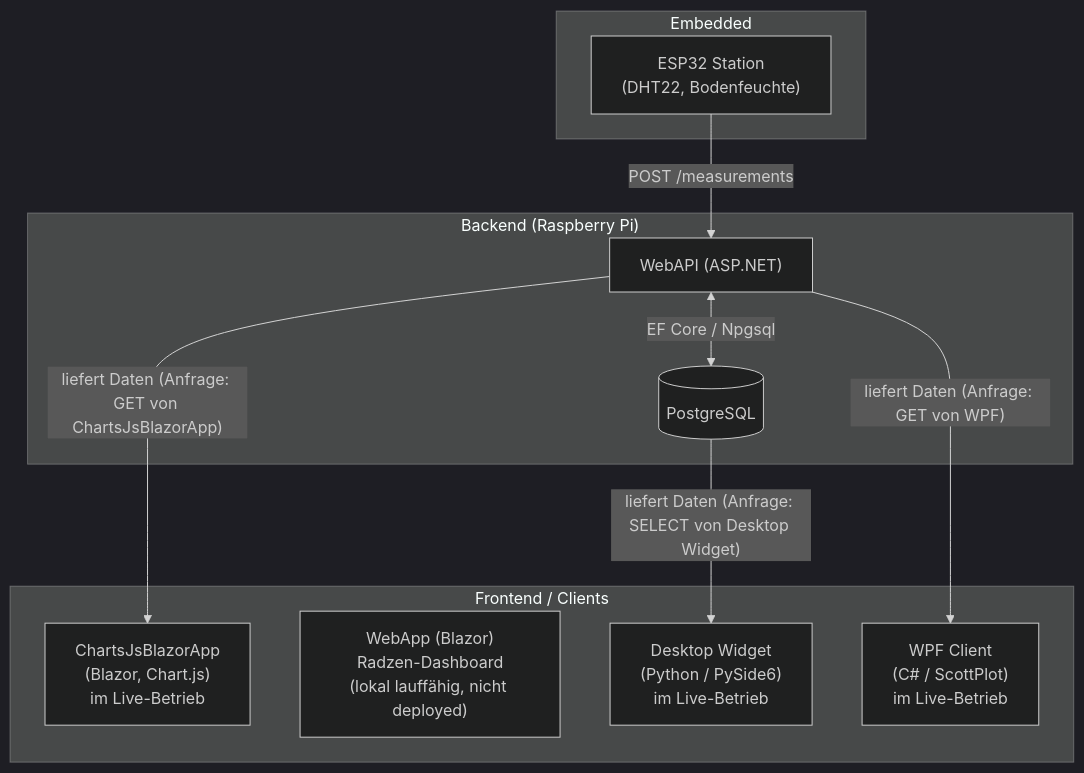
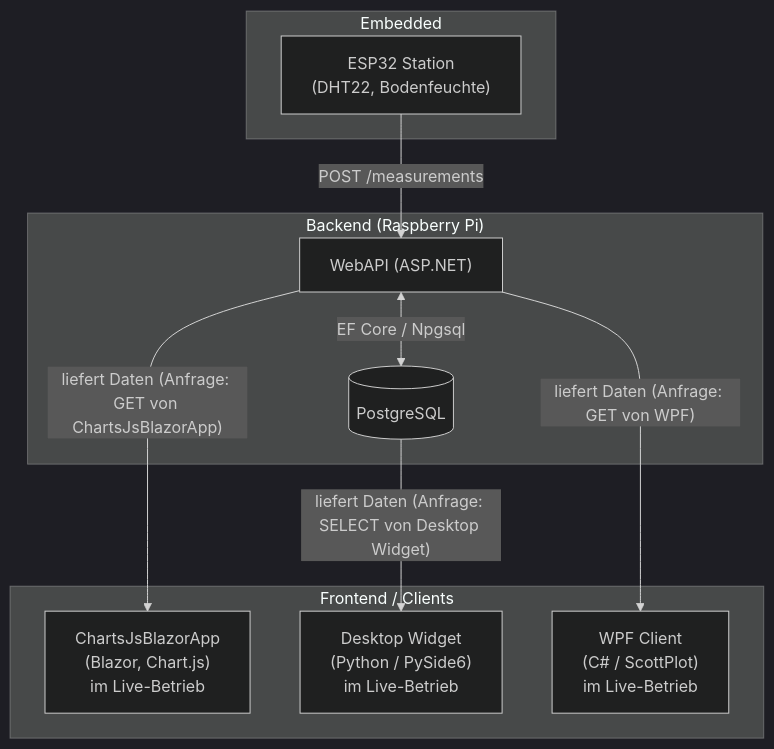
Before and after one commit to max-Woe/PlantStation-GitRepo: the diagram in README.md, drawn with Mermaid (dark theme).

Commit message:
refact: adjusting the architecture diagram

````diff
--- a/README.md
+++ b/README.md
@@ -9,24 +9,23 @@
 ```mermaid
 flowchart TD
     subgraph Embedded
         esp32["ESP32 Station<br/>(DHT22, Bodenfeuchte)"]
     end
 
     subgraph Backend["Backend (Raspberry Pi)"]
         api["WebAPI (ASP.NET)"]
         db[("PostgreSQL")]
     end
 
     subgraph Frontend["Frontend / Clients"]
         blazor["ChartsJsBlazorApp<br/>(Blazor, Chart.js)<br/>im Live-Betrieb"]
-        webapp["WebApp (Blazor)<br/>Radzen-Dashboard<br/>(lokal lauffähig, nicht deployed)"]
         desktop["Desktop Widget<br/>(Python / PySide6)<br/>im Live-Betrieb"]
         wpf["WPF Client<br/>(C# / ScottPlot)<br/>im Live-Betrieb"]
     end
 
     esp32 -->|"POST /measurements"| api
     api <-->|"EF Core / Npgsql"| db
     api -->|"liefert Daten (Anfrage: GET von ChartsJsBlazorApp)"| blazor
     api -->|"liefert Daten (Anfrage: GET von WPF)"| wpf
     db -->|"liefert Daten (Anfrage: SELECT von Desktop Widget)"| desktop
 ```
````
